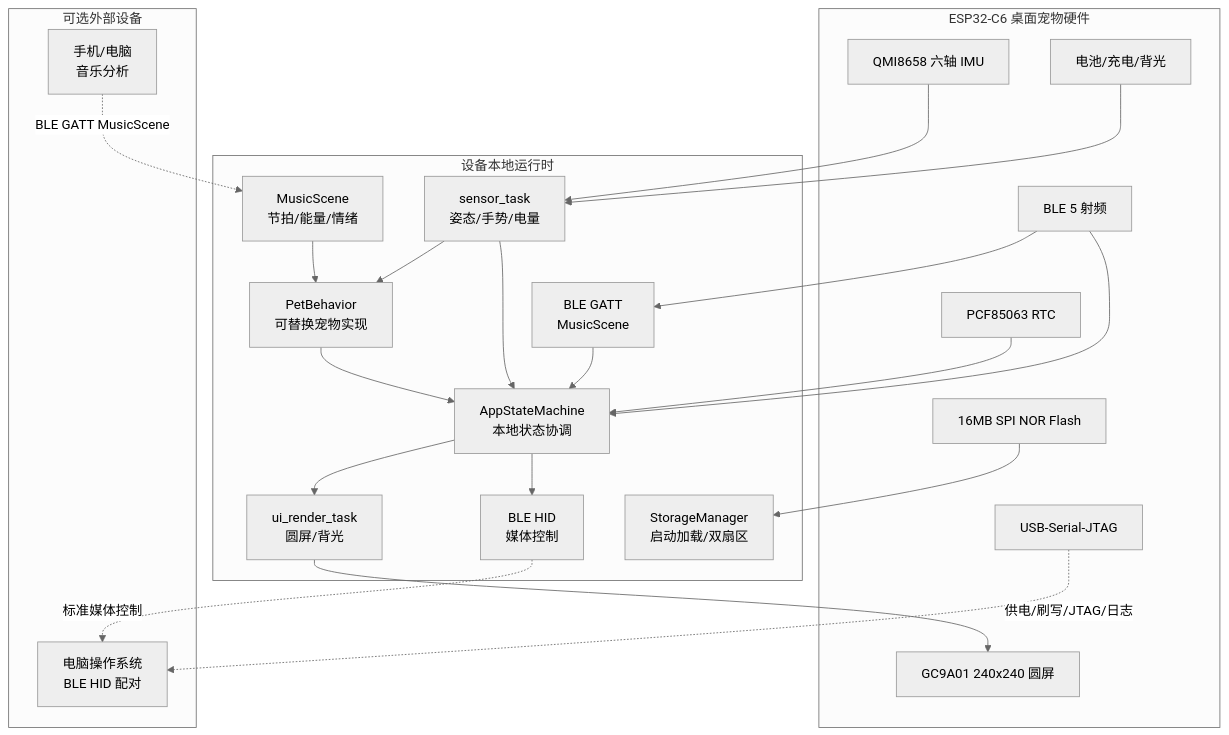
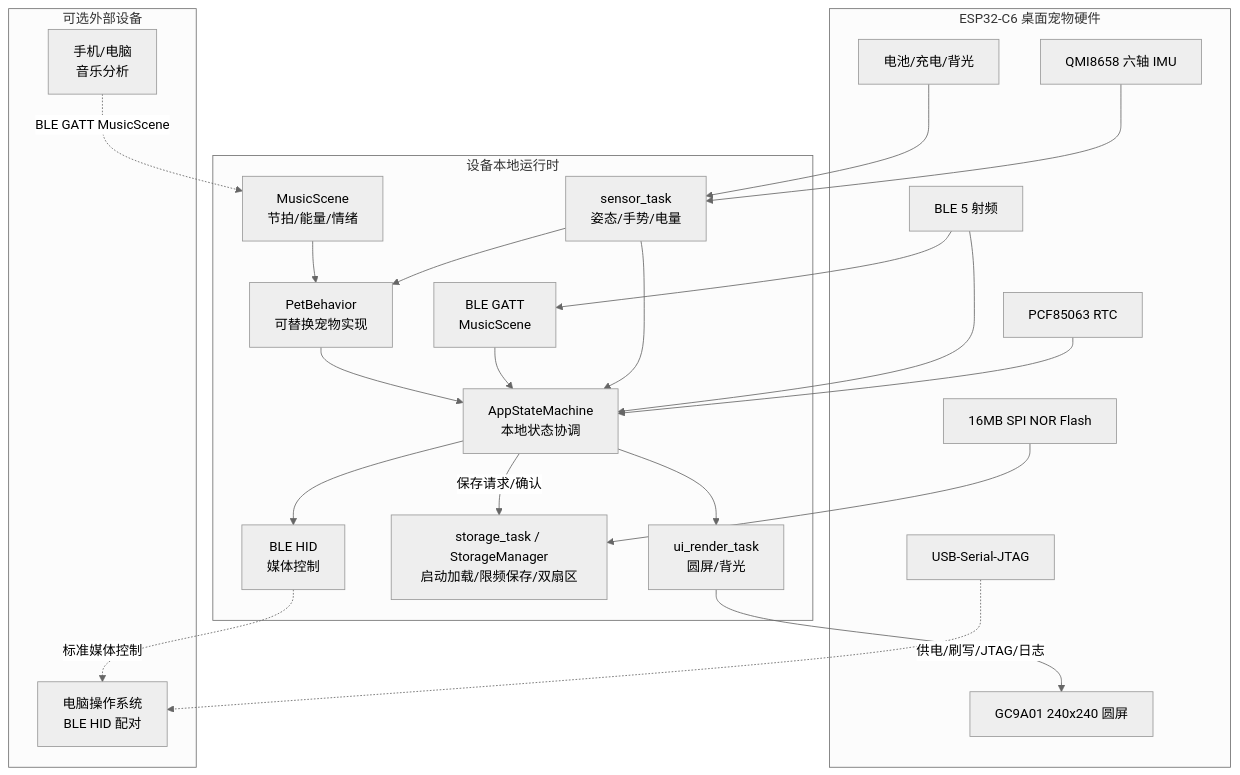
The diagram in docs/architecture/README.md (onenewcode/digivice), drawn with Mermaid (neutral theme) before and after one commit. The commit also changed other lines of this file and 179 other files, not shown here.

````diff
--- a/docs/architecture/README.md
+++ b/docs/architecture/README.md
@@ -21,46 +21,47 @@
 ```mermaid
 flowchart TD
     subgraph Hardware["ESP32-C6 桌面宠物硬件"]
         LCD["GC9A01 240x240 圆屏"]
         IMU["QMI8658 六轴 IMU"]
         RTC["PCF85063 RTC"]
         POWER["电池/充电/背光"]
         FLASH["16MB SPI NOR Flash"]
         RADIO["BLE 5 射频"]
         USB["USB-Serial-JTAG"]
     end
 
     subgraph Local["设备本地运行时"]
         SENSOR["sensor_task\n姿态/手势/电量"]
         PET["PetBehavior\n可替换宠物实现"]
         MUSIC["MusicScene\n节拍/能量/情绪"]
         APP["AppStateMachine\n本地状态协调"]
         RENDER["ui_render_task\n圆屏/背光"]
-        STORAGE["StorageManager\n启动加载/双扇区"]
+        STORAGE["storage_task / StorageManager\n启动加载/限频保存/双扇区"]
         HID["BLE HID\n媒体控制"]
         GATT["BLE GATT\nMusicScene"]
     end
 
     subgraph External["可选外部设备"]
         PHONE["手机/电脑\n音乐分析"]
         PC["电脑操作系统\nBLE HID 配对"]
     end
 
     IMU --> SENSOR
     POWER --> SENSOR
     RTC --> APP
     SENSOR --> APP
     RADIO --> APP
     GATT --> APP
     APP --> HID
     SENSOR --> PET
     MUSIC --> PET
     PET --> APP
+    APP -->|保存请求/确认| STORAGE
     APP --> RENDER
     RENDER --> LCD
     RADIO --> GATT
     PHONE -. "BLE GATT MusicScene" .-> MUSIC
     HID -. "标准媒体控制" .-> PC
     USB -. "供电/刷写/JTAG/日志" .-> PC
     FLASH --> STORAGE
 ```
````
